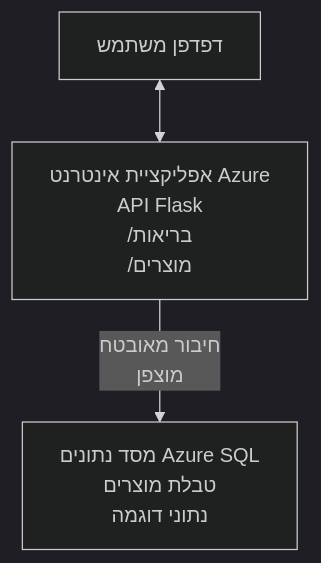
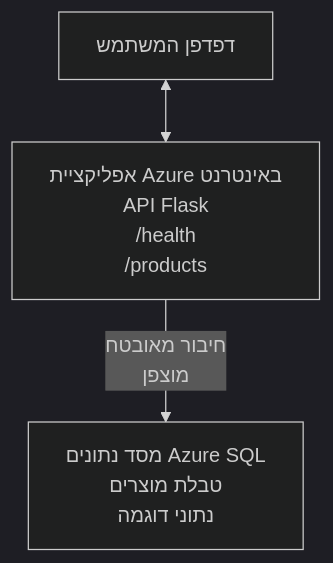
One commit to microsoft/AZD-for-beginners changed the diagram in translations/he/examples/database-app/README.md. Above: the diagram before and after it, drawn with Mermaid (dark theme). The commit also changed other lines of this file and 101 other files, not shown here.

````diff
--- a/translations/he/examples/database-app/README.md
+++ b/translations/he/examples/database-app/README.md
@@ -72,5 +72,5 @@
 ```mermaid
 graph TD
-    Browser[דפדפן משתמש] <--> WebApp[אפליקציית אינטרנט Azure<br/>API Flask<br/>/בריאות<br/>/מוצרים]
+    Browser[דפדפן המשתמש] <--> WebApp[אפליקציית Azure באינטרנט<br/>API Flask<br/>/health<br/>/products]
     WebApp -- חיבור מאובטח<br/>מוצפן --> SQL[מסד נתונים Azure SQL<br/>טבלת מוצרים<br/>נתוני דוגמה]
 ```
````
